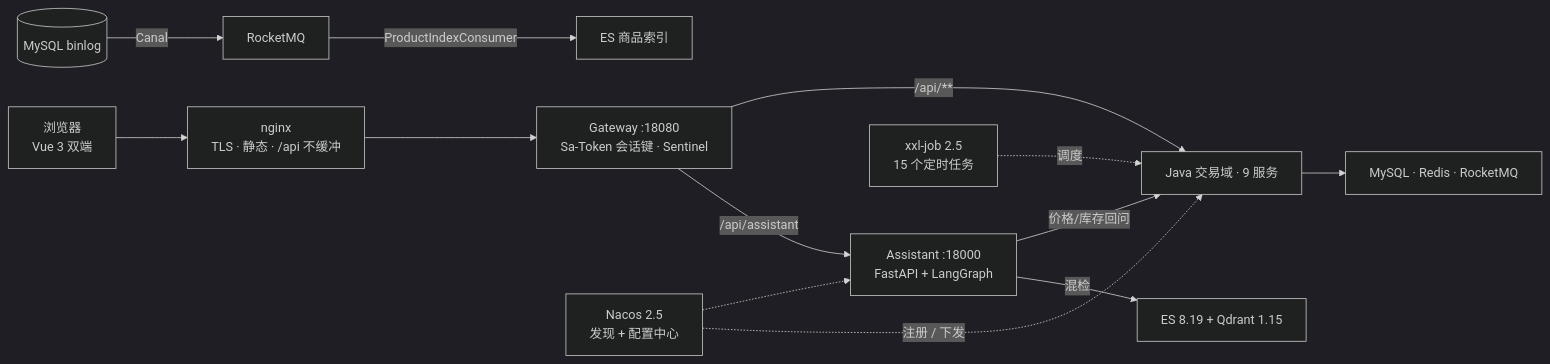
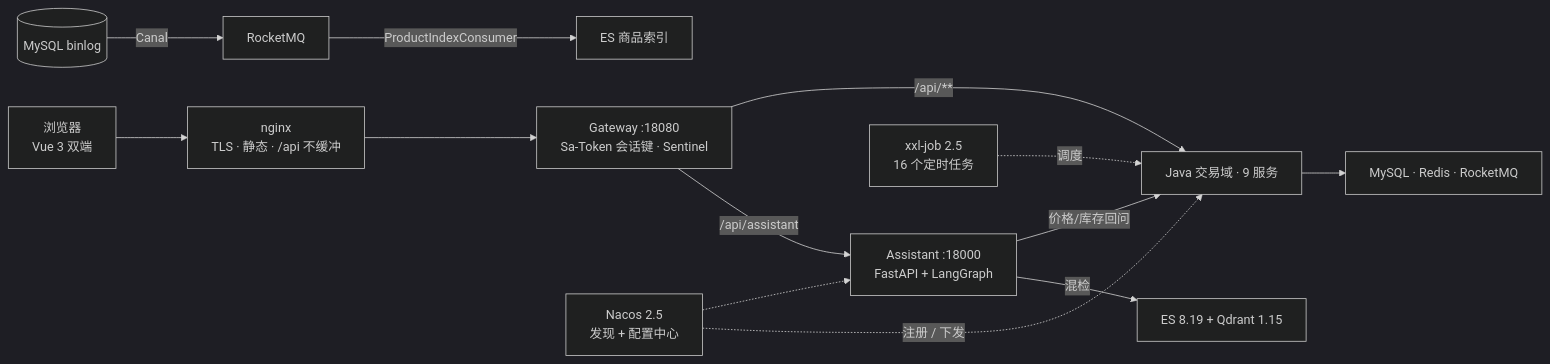
Before and after one commit to LittleSongxx/ParingBot: the diagram in README.md, drawn with Mermaid (dark theme). The commit also changed other lines of this file and 49 other files, not shown here.

````diff
--- a/README.md
+++ b/README.md
@@ -138,14 +138,14 @@
 ```mermaid
 flowchart LR
   B["浏览器<br/>Vue 3 双端"] --> N["nginx<br/>TLS · 静态 · /api 不缓冲"]
   N --> G["Gateway :18080<br/>Sa-Token 会话键 · Sentinel"]
   G -->|/api/assistant| A["Assistant :18000<br/>FastAPI + LangGraph"]
   G -->|/api/**| J["Java 交易域 · 9 服务"]
   A -->|混检| R["ES 8.19 + Qdrant 1.15"]
   A -->|价格/库存回问| J
   J --> D["MySQL · Redis · RocketMQ"]
   M[("MySQL binlog")] -->|Canal| Q["RocketMQ"] -->|ProductIndexConsumer| E["ES 商品索引"]
-  X["xxl-job 2.5<br/>15 个定时任务"] -.->|调度| J
+  X["xxl-job 2.5<br/>16 个定时任务"] -.->|调度| J
   C["Nacos 2.5<br/>发现 + 配置中心"] -.->|注册 / 下发| J
   C -.-> A
 ```
````
